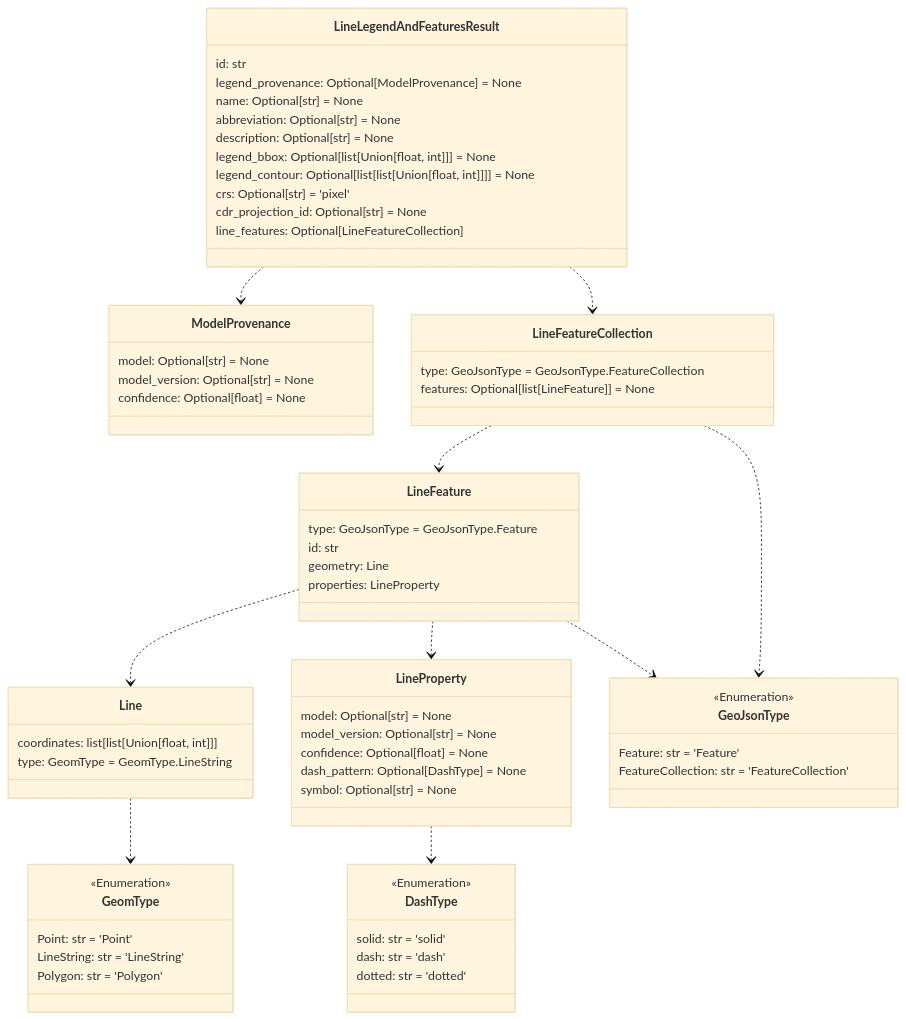
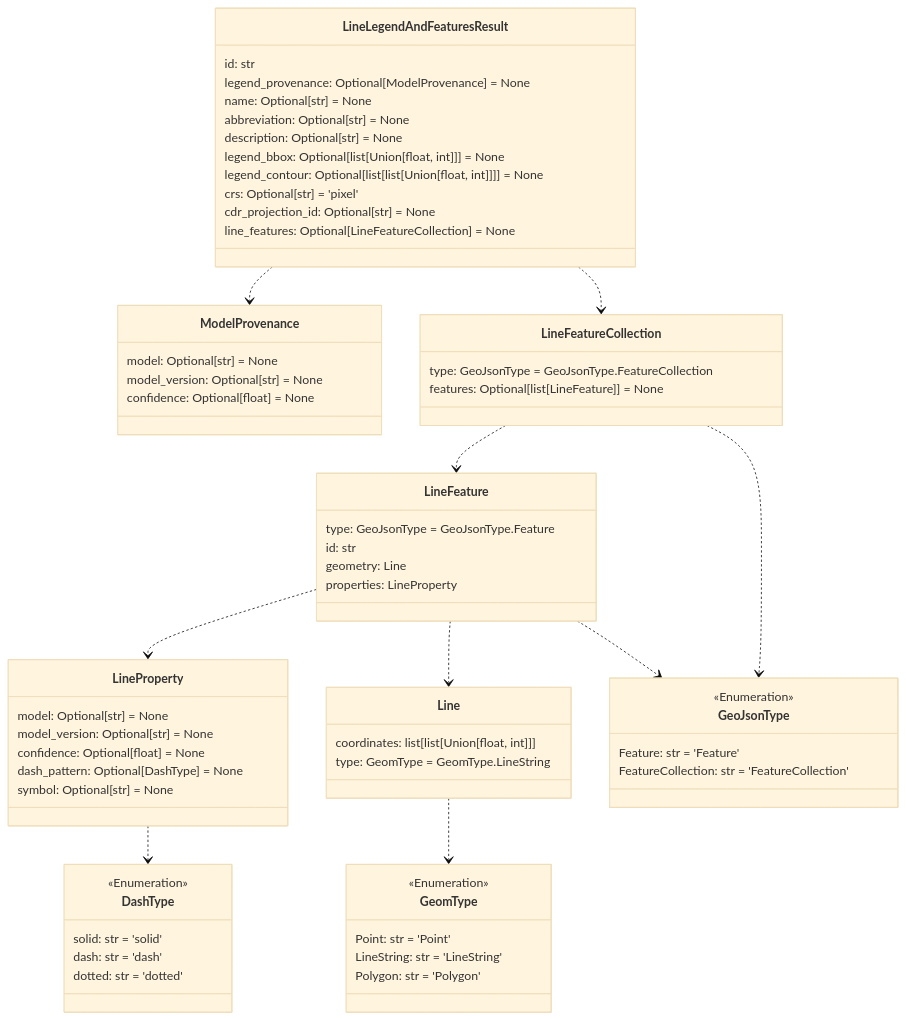
One commit to DARPA-CRITICALMAAS/cdr_schemas changed the sixth of 12 diagrams in README.md. Above: the diagram before and after it, drawn with Mermaid (base theme). The commit also changed other lines of this file and 15 other files, not shown here.

````diff
--- a/README.md
+++ b/README.md
@@ -433,79 +433,79 @@
 ```mermaid
 classDiagram
+
+    class LineFeature {
+        type: GeoJsonType = GeoJsonType.Feature
+        id: str
+        geometry: Line
+        properties: LineProperty
+    }
+
+    class DashType {
+        <<Enumeration>>
+        solid: str = 'solid'
+        dash: str = 'dash'
+        dotted: str = 'dotted'
+    }
 
     class ModelProvenance {
         model: Optional[str] = None
         model_version: Optional[str] = None
         confidence: Optional[float] = None
     }
 
     class Line {
         coordinates: list[list[Union[float, int]]]
         type: GeomType = GeomType.LineString
     }
 
+    class LineProperty {
+        model: Optional[str] = None
+        model_version: Optional[str] = None
+        confidence: Optional[float] = None
+        dash_pattern: Optional[DashType] = None
+        symbol: Optional[str] = None
+    }
+
+    class GeoJsonType {
+        <<Enumeration>>
+        Feature: str = 'Feature'
+        FeatureCollection: str = 'FeatureCollection'
+    }
+
+    class LineFeatureCollection {
+        type: GeoJsonType = GeoJsonType.FeatureCollection
+        features: Optional[list[LineFeature]] = None
+    }
+
     class LineLegendAndFeaturesResult {
         id: str
         legend_provenance: Optional[ModelProvenance] = None
         name: Optional[str] = None
         abbreviation: Optional[str] = None
         description: Optional[str] = None
         legend_bbox: Optional[list[Union[float, int]]] = None
         legend_contour: Optional[list[list[Union[float, int]]]] = None
         crs: Optional[str] = 'pixel'
         cdr_projection_id: Optional[str] = None
-        line_features: Optional[LineFeatureCollection]
-    }
-
-    class DashType {
-        <<Enumeration>>
-        solid: str = 'solid'
-        dash: str = 'dash'
-        dotted: str = 'dotted'
-    }
-
-    class LineProperty {
-        model: Optional[str] = None
-        model_version: Optional[str] = None
-        confidence: Optional[float] = None
-        dash_pattern: Optional[DashType] = None
-        symbol: Optional[str] = None
-    }
-
-    class LineFeatureCollection {
-        type: GeoJsonType = GeoJsonType.FeatureCollection
-        features: Optional[list[LineFeature]] = None
+        line_features: Optional[LineFeatureCollection] = None
     }
 
     class GeomType {
         <<Enumeration>>
         Point: str = 'Point'
         LineString: str = 'LineString'
         Polygon: str = 'Polygon'
     }
 
-    class LineFeature {
-        type: GeoJsonType = GeoJsonType.Feature
-        id: str
-        geometry: Line
-        properties: LineProperty
-    }
-
-    class GeoJsonType {
-        <<Enumeration>>
-        Feature: str = 'Feature'
-        FeatureCollection: str = 'FeatureCollection'
-    }
-
     Line ..> GeomType
     LineProperty ..> DashType
-    LineFeature ..> Line
     LineFeature ..> LineProperty
     LineFeature ..> GeoJsonType
+    LineFeature ..> Line
     LineFeatureCollection ..> LineFeature
     LineFeatureCollection ..> GeoJsonType
+    LineLegendAndFeaturesResult ..> LineFeatureCollection
     LineLegendAndFeaturesResult ..> ModelProvenance
-    LineLegendAndFeaturesResult ..> LineFeatureCollection
 
 
 ```
````
